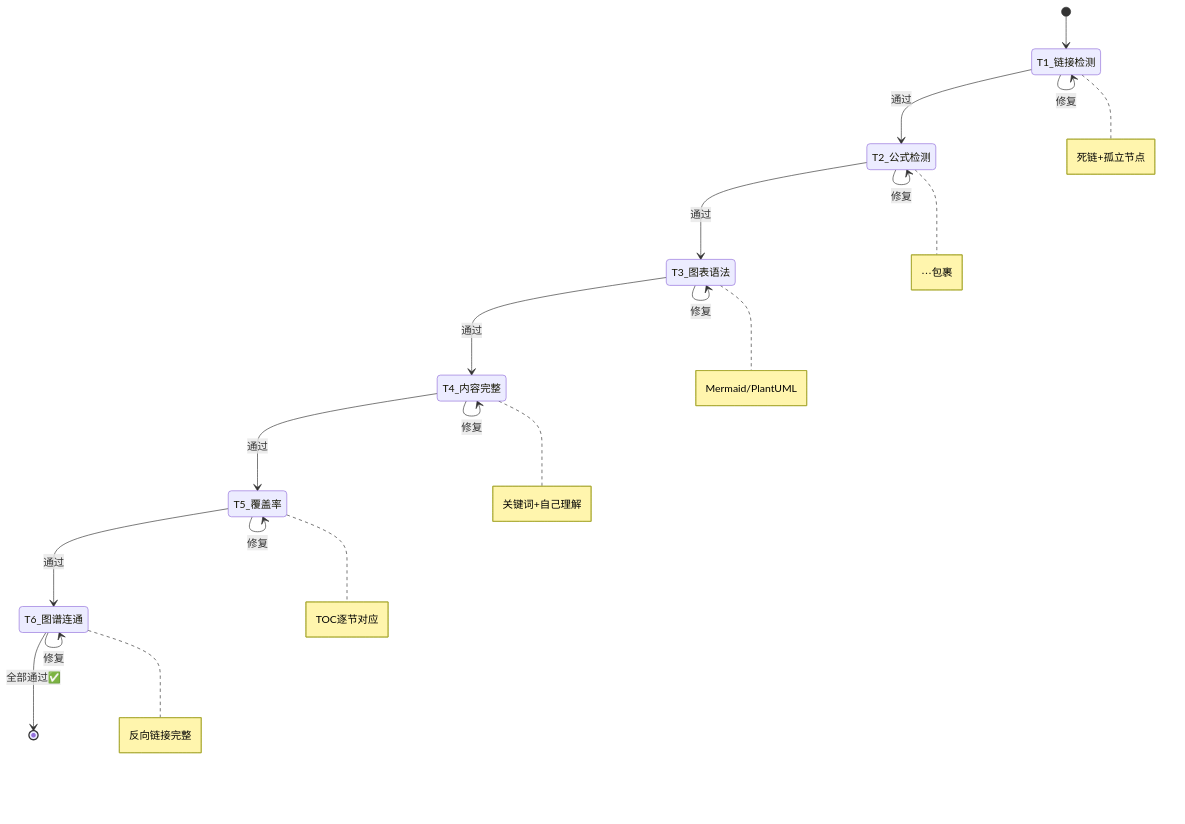
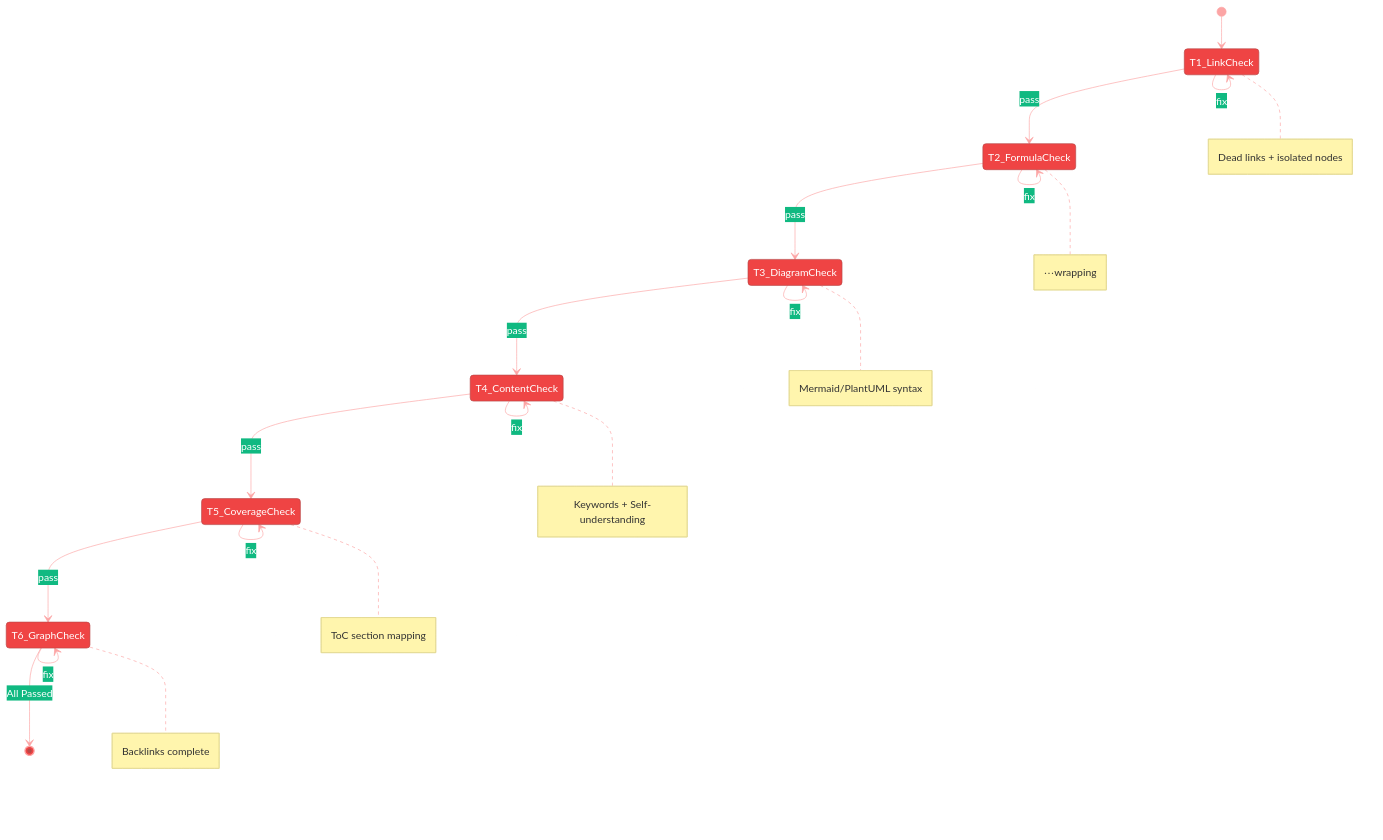
The fourth of 8 diagrams in README.md (3229218431/FeynFlow), drawn with Mermaid before and after one commit. The commit also changed other lines of this file, not shown here.

Commit message:
Full README rewrite: 8 charts with semantic color coding (blue=tools, green=content, orange=AI, purple=learning, red=test), architecture diagram, color legend, expanded FAQ

````diff
--- a/README.md
+++ b/README.md
@@ -230,22 +262,23 @@
 ```mermaid
+%%{init: {'theme':'base','themeVariables': {'primaryColor': '#EF4444','primaryTextColor': '#fff','lineColor': '#FCA5A5','secondaryColor': '#10B981','tertiaryColor': '#3B82F6'}}}%%
 stateDiagram-v2
-    [*] --> T1_链接检测
-    T1_链接检测 --> T2_公式检测: 通过
-    T1_链接检测 --> T1_链接检测: 修复
-    T2_公式检测 --> T3_图表语法: 通过
-    T2_公式检测 --> T2_公式检测: 修复
-    T3_图表语法 --> T4_内容完整: 通过
-    T3_图表语法 --> T3_图表语法: 修复
-    T4_内容完整 --> T5_覆盖率: 通过
-    T4_内容完整 --> T4_内容完整: 修复
-    T5_覆盖率 --> T6_图谱连通: 通过
-    T5_覆盖率 --> T5_覆盖率: 修复
-    T6_图谱连通 --> [*]: 全部通过✅
-    T6_图谱连通 --> T6_图谱连通: 修复
-    note right of T1_链接检测: 死链+孤立节点
-    note right of T2_公式检测: $$...$$包裹
-    note right of T3_图表语法: Mermaid/PlantUML
-    note right of T4_内容完整: 关键词+自己理解
-    note right of T5_覆盖率: TOC逐节对应
-    note right of T6_图谱连通: 反向链接完整
+    [*] --> T1_LinkCheck
+    T1_LinkCheck --> T2_FormulaCheck: pass
+    T1_LinkCheck --> T1_LinkCheck: fix
+    T2_FormulaCheck --> T3_DiagramCheck: pass
+    T2_FormulaCheck --> T2_FormulaCheck: fix
+    T3_DiagramCheck --> T4_ContentCheck: pass
+    T3_DiagramCheck --> T3_DiagramCheck: fix
+    T4_ContentCheck --> T5_CoverageCheck: pass
+    T4_ContentCheck --> T4_ContentCheck: fix
+    T5_CoverageCheck --> T6_GraphCheck: pass
+    T5_CoverageCheck --> T5_CoverageCheck: fix
+    T6_GraphCheck --> [*]: All Passed
+    T6_GraphCheck --> T6_GraphCheck: fix
+    note right of T1_LinkCheck: Dead links + isolated nodes
+    note right of T2_FormulaCheck: $$...$$ wrapping
+    note right of T3_DiagramCheck: Mermaid/PlantUML syntax
+    note right of T4_ContentCheck: Keywords + Self-understanding
+    note right of T5_CoverageCheck: ToC section mapping
+    note right of T6_GraphCheck: Backlinks complete
 ```
````
